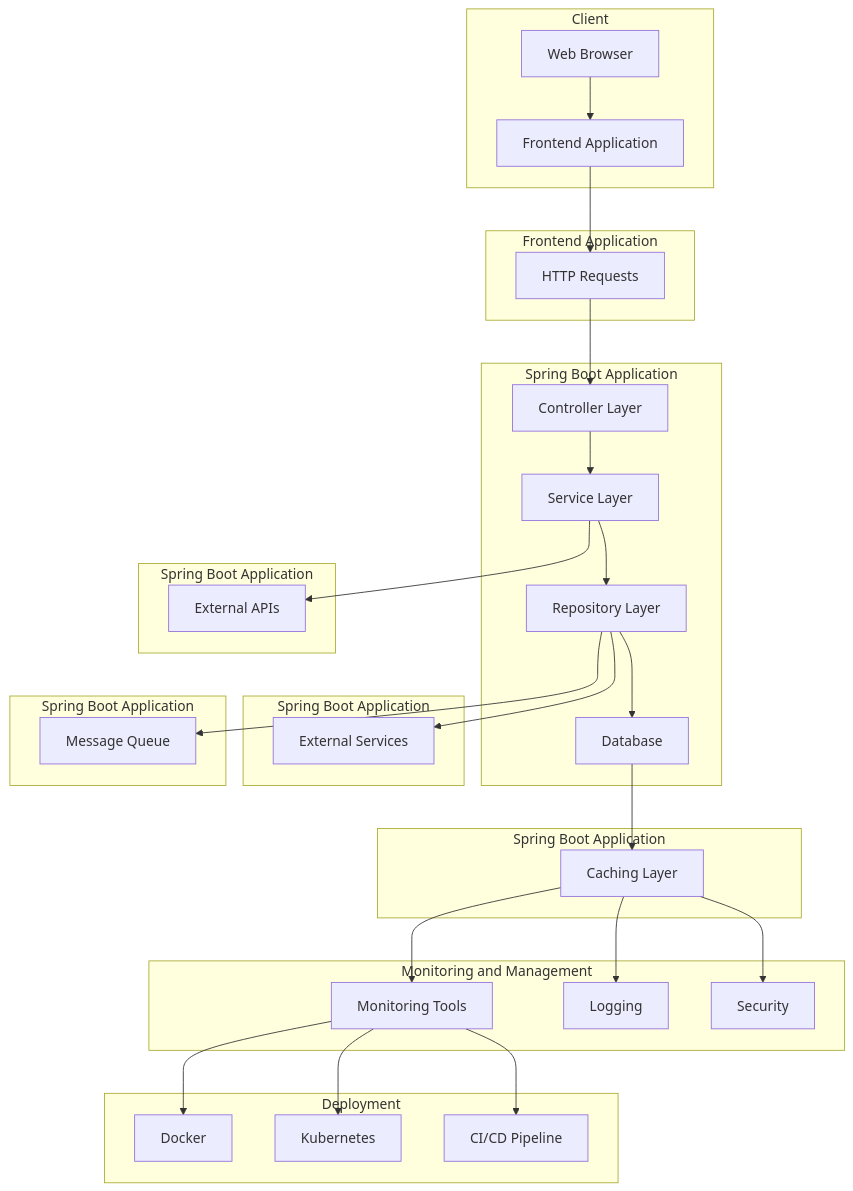
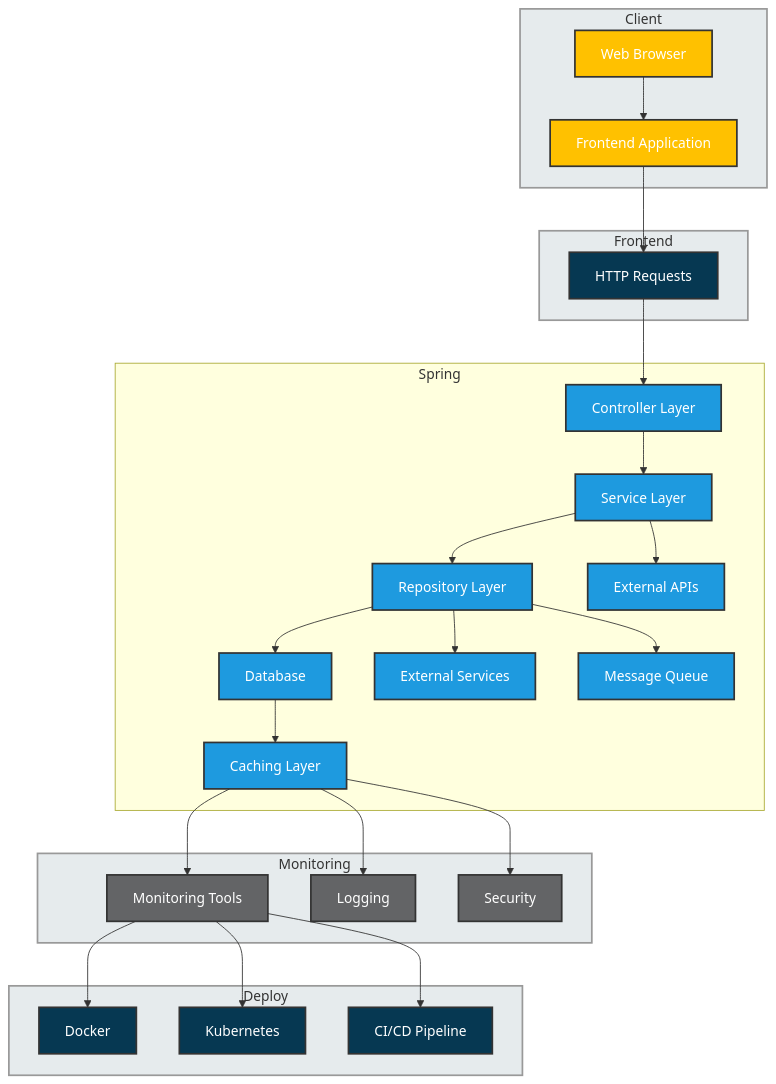
The diagram in Diagrams/SpringBoot Architecture flow diagram.md (manjinderrooprai/Sping-Boot), drawn with Mermaid before and after one commit.

Commit message:
Update SpringBoot Architecture flow diagram.md

````diff
--- a/Diagrams/SpringBoot Architecture flow diagram.md
+++ b/Diagrams/SpringBoot Architecture flow diagram.md
@@ -1,37 +1,59 @@
 ```mermaid
+%%{init: {"theme": "default"}}%%
 graph TD;
-    subgraph "Client" 
+    classDef clientNode fill:#ffc100,stroke:#333,stroke-width:2px,color:white;
+    classDef frontendNode fill:#063852,stroke:#333,stroke-width:2px,color:white;
+    classDef springNode fill:#1e9adf,stroke:#333,stroke-width:2px,color:white;
+    classDef monitoringNode fill:#636466,stroke:#333,stroke-width:2px,color:white;
+    classDef deploymentNode fill:#063852,stroke:#333,stroke-width:2px,color:white;
+
+    style Client fill:#e6ebed,stroke:#999,stroke-width:2px;
+    style Frontend fill:#e6ebed,stroke:#999,stroke-width:2px;
+    style Spring fill:#e6ebed,stroke:#999,stroke-width:2px;
+    style Monitoring fill:#e6ebed,stroke:#999,stroke-width:2px;
+    style Deploy fill:#e6ebed,stroke:#999,stroke-width:2px;
+
+    subgraph Client
         A[Web Browser] --> B[Frontend Application]
+        class A,B clientNode;
     end
-    subgraph "Frontend Application"
+    subgraph Frontend
         B --> C[HTTP Requests]
+        class C frontendNode;
     end
-    subgraph "Spring Boot Application"
+    subgraph Spring
         C --> D[Controller Layer]
         D --> E[Service Layer]
         E --> F[Repository Layer]
         F --> G[Database]
+        class D,E,F,G springNode;
     end
-    subgraph "Spring Boot Application"
+    subgraph Spring
         G --> H[Caching Layer]
+        class H springNode;
     end
-    subgraph "Spring Boot Application"
+    subgraph Spring
         F --> I[External Services]
+        class I springNode;
     end
-    subgraph "Spring Boot Application"
+    subgraph Spring
         F --> J[Message Queue]
+        class J springNode;
     end
-    subgraph "Spring Boot Application"
+    subgraph Spring
         E --> K[External APIs]
+        class K springNode;
     end
-    subgraph "Monitoring and Management"
+    subgraph Monitoring
         H --> L[Monitoring Tools]
         H --> M[Logging]
         H --> N[Security]
+        class L,M,N monitoringNode;
     end
-    subgraph "Deployment"
+    subgraph Deploy
         L --> O[Docker]
         L --> P[Kubernetes]
         L --> Q[CI/CD Pipeline]
+        class O,P,Q deploymentNode;
     end
 ```
````
